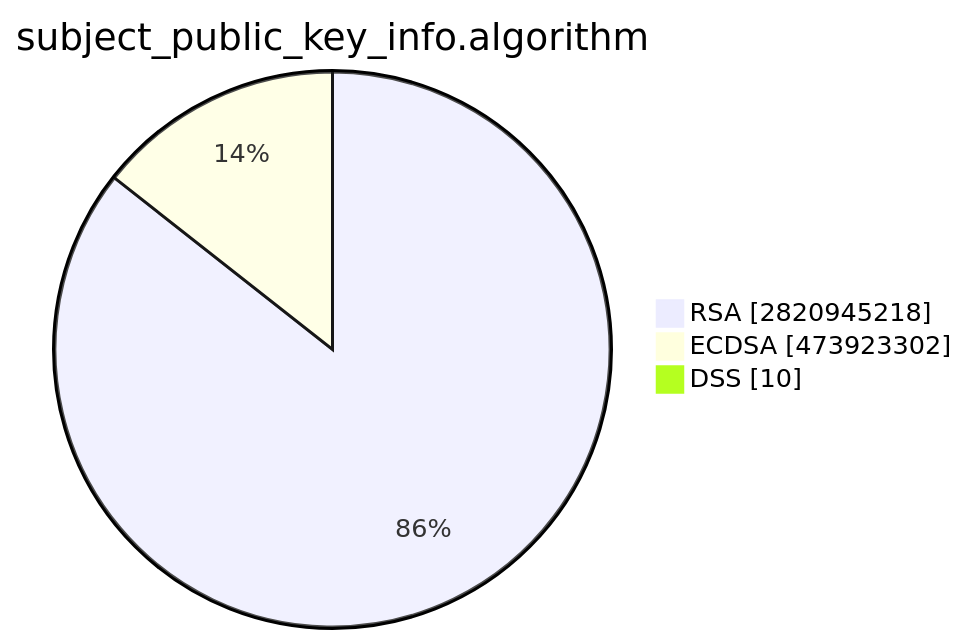
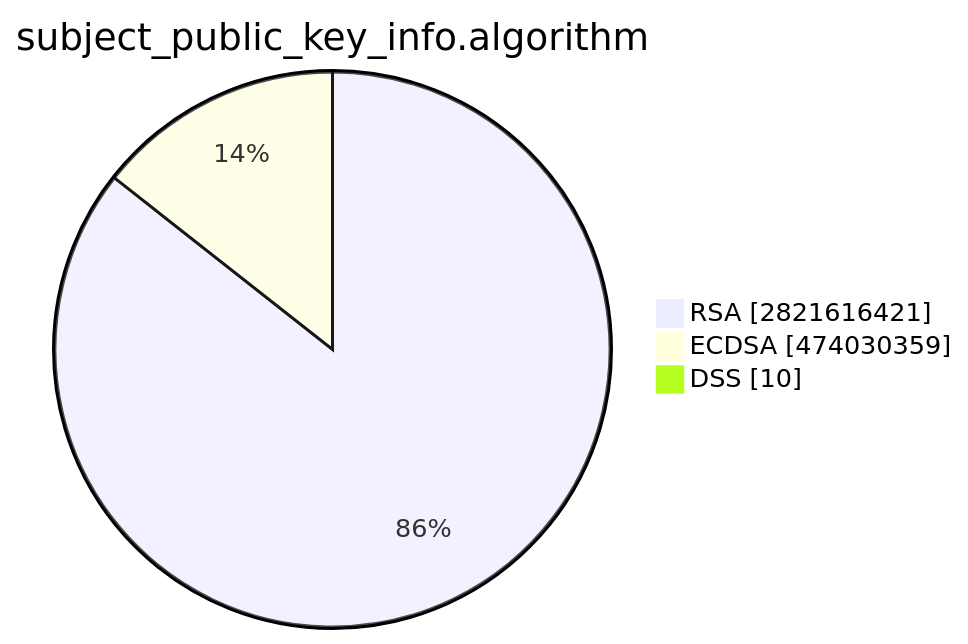
One commit to christiankrug/ctmonitor_visualization changed the second of 15 diagrams in TOTAL/README.md. Above: the diagram before and after it, drawn with Mermaid. The commit also changed other lines of this file, not shown here.

````diff
--- a/TOTAL/README.md
+++ b/TOTAL/README.md
@@ -6,7 +6,7 @@
 ```mermaid
 pie showData
 title subject_public_key_info.algorithm
-"RSA" :2820945218
-"ECDSA" :473923302
+"RSA" :2821616421
+"ECDSA" :474030359
 "DSS" :10
 ```
````
